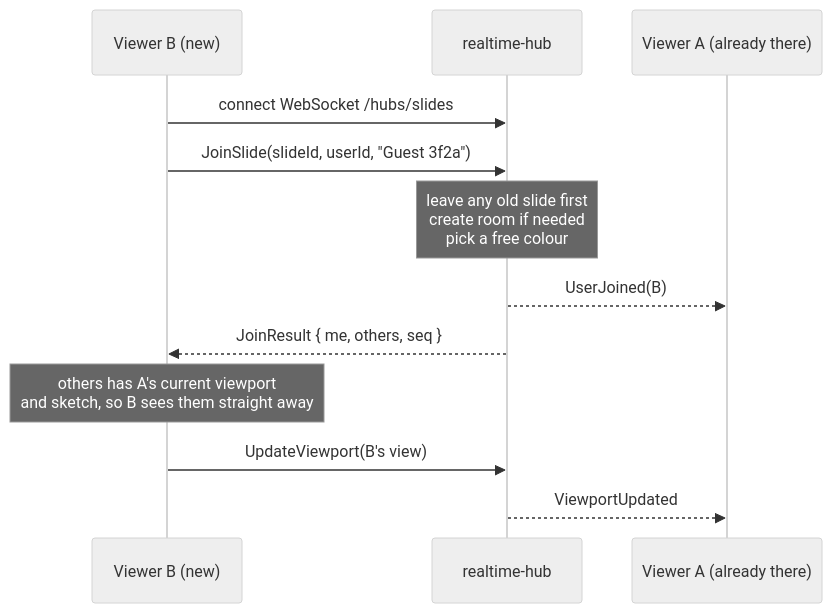
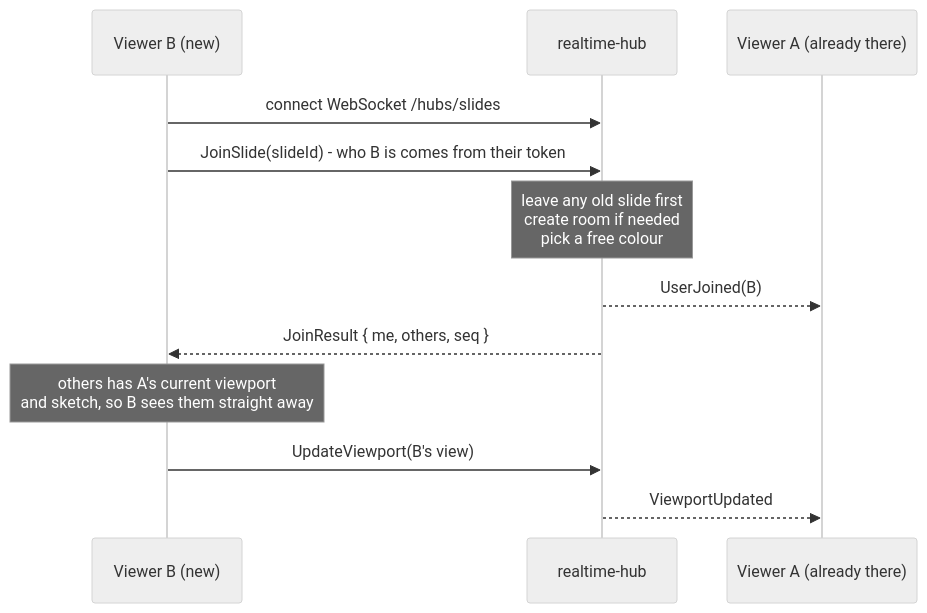
One commit to ewanhmack05/Diss-Project changed the second of 5 diagrams in docs/breakdown/realtime-hub.md. Above: the diagram before and after it, drawn with Mermaid (neutral theme). The commit also changed other lines of this file and 64 other files, not shown here.

````diff
--- a/docs/breakdown/realtime-hub.md
+++ b/docs/breakdown/realtime-hub.md
@@ -155,14 +155,14 @@
 ```mermaid
 sequenceDiagram
   participant B as Viewer B (new)
   participant H as realtime-hub
   participant A as Viewer A (already there)
   B->>H: connect WebSocket /hubs/slides
-  B->>H: JoinSlide(slideId, userId, "Guest 3f2a")
+  B->>H: JoinSlide(slideId) - who B is comes from their token
   Note over H: leave any old slide first<br/>create room if needed<br/>pick a free colour
   H-->>A: UserJoined(B)
   H-->>B: JoinResult { me, others, seq }
   Note over B: others has A's current viewport<br/>and sketch, so B sees them straight away
   B->>H: UpdateViewport(B's view)
   H-->>A: ViewportUpdated
 ```
````
